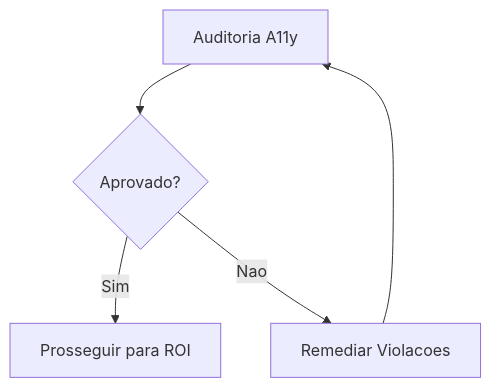
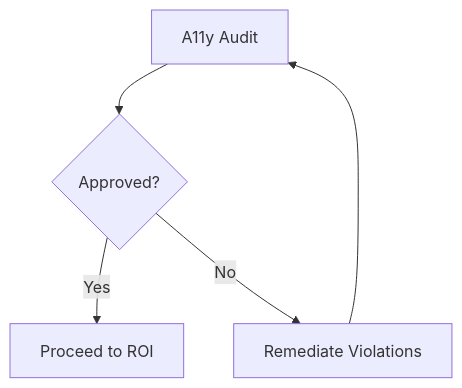
Before and after one commit to CyryxLabs/AEXOS: the seventh of 7 diagrams in docs/aexos-workflows/design-system-build-quality-workflow.md, drawn with Mermaid. The commit also changed other lines of this file and 528 other files, not shown here.

````diff
--- a/docs/aexos-workflows/design-system-build-quality-workflow.md
+++ b/docs/aexos-workflows/design-system-build-quality-workflow.md
@@ -585,7 +585,7 @@
 ```mermaid
 graph TD
-    A11Y[Auditoria A11y] --> CHECK{Aprovado?}
-    CHECK -->|Sim| PROCEED[Prosseguir para ROI]
-    CHECK -->|Nao| FIX[Remediar Violacoes]
+    A11Y[A11y Audit] --> CHECK{Approved?}
+    CHECK -->|Yes| PROCEED[Proceed to ROI]
+    CHECK -->|No| FIX[Remediate Violations]
     FIX --> A11Y
 ```
````
